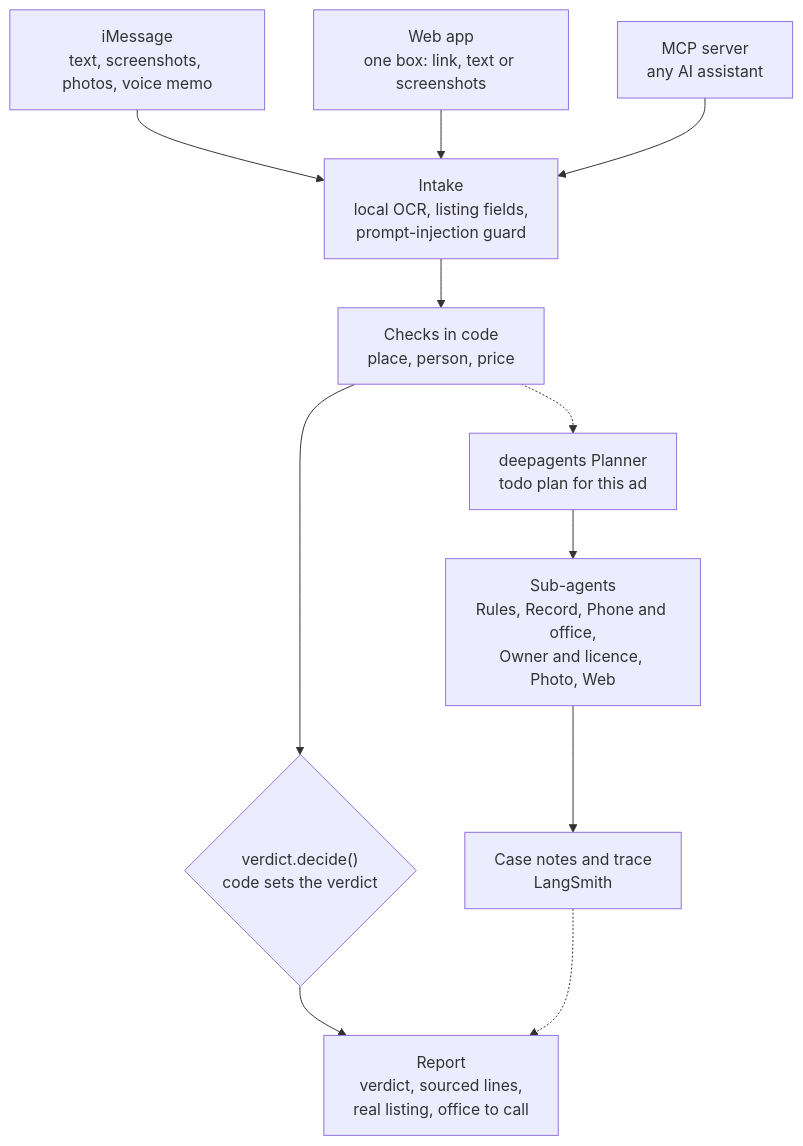
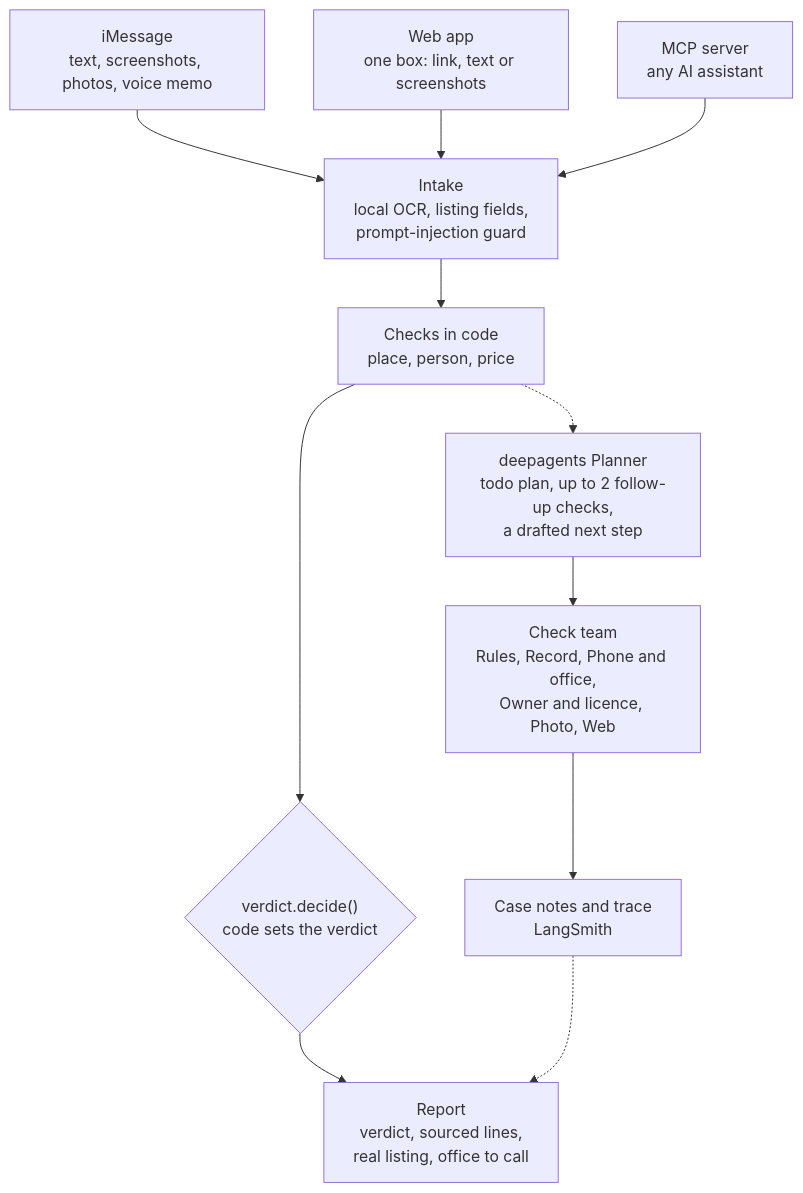
Before and after one commit to DevSingh05/snapback: the diagram in README.md, drawn with Mermaid. The commit also changed other lines of this file, not shown here.

````diff
--- a/README.md
+++ b/README.md
@@ -101,14 +95,14 @@
 ```mermaid
 flowchart TD
     imsg["iMessage<br/>text, screenshots, photos, voice memo"] --> api
     web["Web app<br/>one box: link, text or screenshots"] --> api
     mcp["MCP server<br/>any AI assistant"] --> api
     api["Intake<br/>local OCR, listing fields,<br/>prompt-injection guard"] --> checks
     checks["Checks in code<br/>place, person, price"] --> decide
     decide{"verdict.decide()<br/>code sets the verdict"} --> report
     report["Report<br/>verdict, sourced lines,<br/>real listing, office to call"]
     checks -.-> planner
-    planner["deepagents Planner<br/>todo plan for this ad"] --> subs
-    subs["Sub-agents<br/>Rules, Record, Phone and office,<br/>Owner and licence, Photo, Web"] --> notes
+    planner["deepagents Planner<br/>todo plan, up to 2 follow-up checks,<br/>a drafted next step"] --> subs
+    subs["Check team<br/>Rules, Record, Phone and office,<br/>Owner and licence, Photo, Web"] --> notes
     notes["Case notes and trace<br/>LangSmith"] -.-> report
 ```
````
